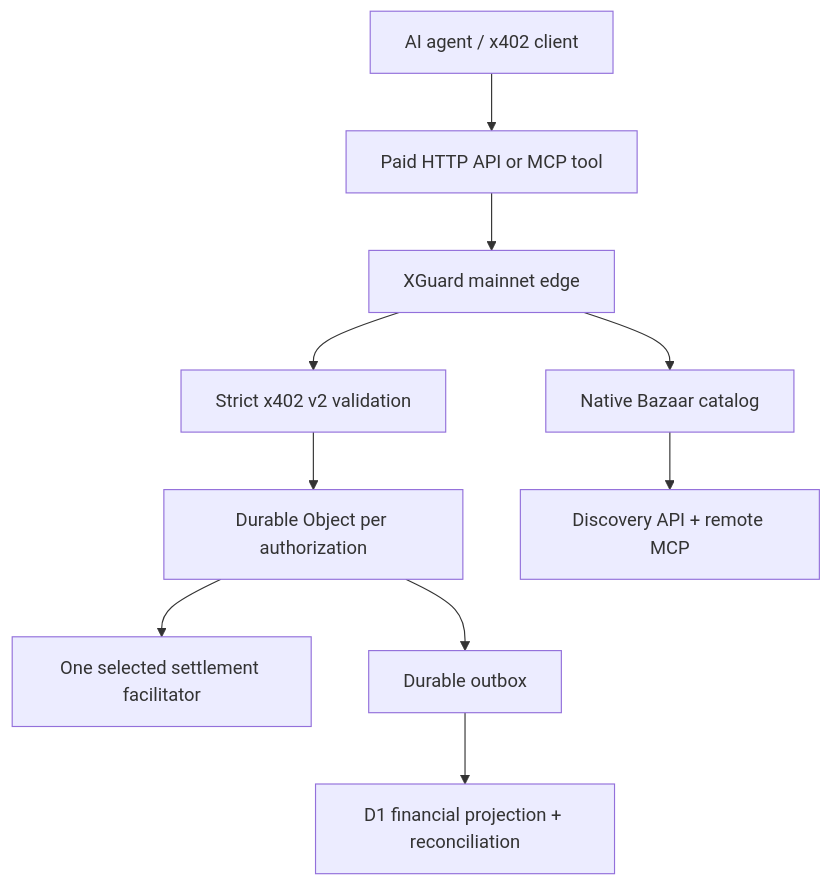
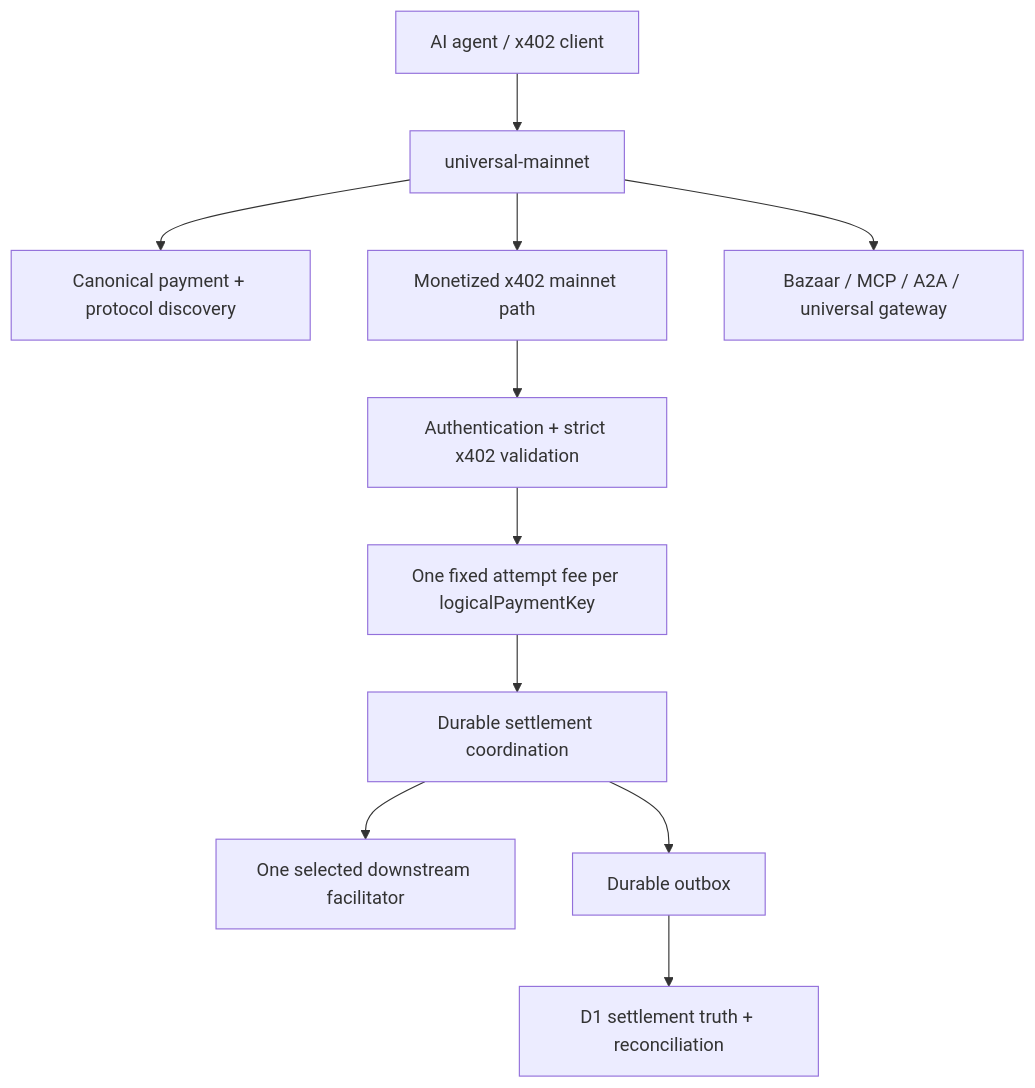
The diagram in ARCHITECTURE.md (moelayyan90/XGuard), drawn with Mermaid before and after one commit. The commit also changed other lines of this file, not shown here.

Commit message:
Align architecture with universal entrypoint and attempt billing

````diff
--- a/ARCHITECTURE.md
+++ b/ARCHITECTURE.md
@@ -5,12 +5,13 @@
 ```mermaid
 flowchart TD
-  A["AI agent / x402 client"] --> R["Paid HTTP API or MCP tool"]
-  R --> X["XGuard mainnet edge"]
-  X --> V["Strict x402 v2 validation"]
-  V --> D["Durable Object per authorization"]
-  D --> F["One selected settlement facilitator"]
+  A["AI agent / x402 client"] --> U["universal-mainnet"]
+  U --> P["Canonical payment + protocol discovery"]
+  U --> M["Monetized x402 mainnet path"]
+  M --> V["Authentication + strict x402 validation"]
+  V --> FEE["One fixed attempt fee per logicalPaymentKey"]
+  FEE --> D["Durable settlement coordination"]
+  D --> F["One selected downstream facilitator"]
   D --> O["Durable outbox"]
-  O --> L["D1 financial projection + reconciliation"]
-  X --> B["Native Bazaar catalog"]
-  B --> Q["Discovery API + remote MCP"]
+  O --> L["D1 settlement truth + reconciliation"]
+  U --> B["Bazaar / MCP / A2A / universal gateway"]
 ```
````
